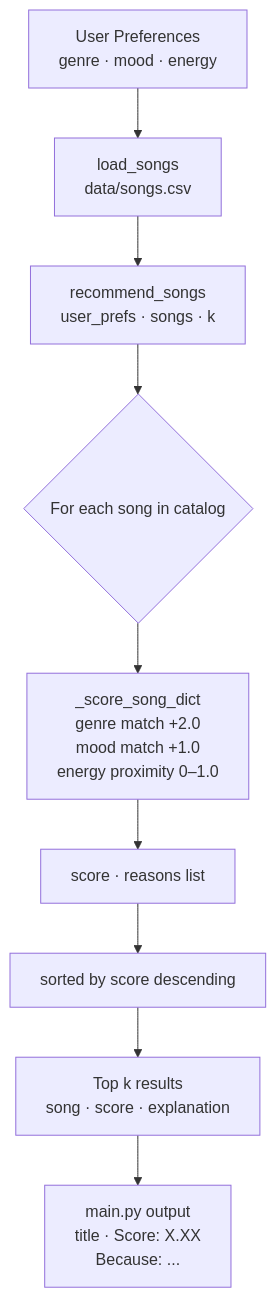
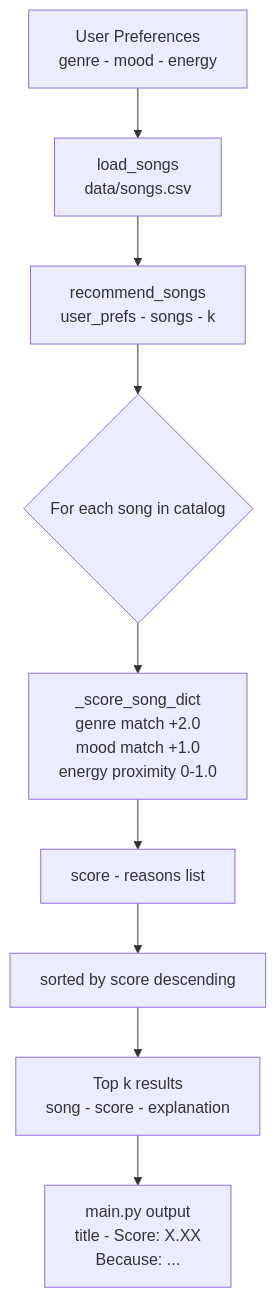
One commit to AdithNG/applied-ai-system-project changed the diagram in README.md. Above: the diagram before and after it, drawn with Mermaid. The commit also changed other lines of this file and 2 other files, not shown here.

````diff
--- a/README.md
+++ b/README.md
@@ -102,11 +102,11 @@
 ```mermaid
 flowchart TD
-    A[User Preferences\ngenre · mood · energy] --> B[load_songs\ndata/songs.csv]
-    B --> C[recommend_songs\nuser_prefs · songs · k]
+    A[User Preferences\ngenre - mood - energy] --> B[load_songs\ndata/songs.csv]
+    B --> C[recommend_songs\nuser_prefs - songs - k]
     C --> D{For each song in catalog}
-    D --> E[_score_song_dict\ngenre match +2.0\nmood match +1.0\nenergy proximity 0–1.0]
-    E --> F[score · reasons list]
+    D --> E[_score_song_dict\ngenre match +2.0\nmood match +1.0\nenergy proximity 0-1.0]
+    E --> F[score - reasons list]
     F --> G[sorted by score descending]
-    G --> H[Top k results\nsong · score · explanation]
-    H --> I[main.py output\ntitle · Score: X.XX\nBecause: ...]
+    G --> H[Top k results\nsong - score - explanation]
+    H --> I[main.py output\ntitle - Score: X.XX\nBecause: ...]
 ```
````
